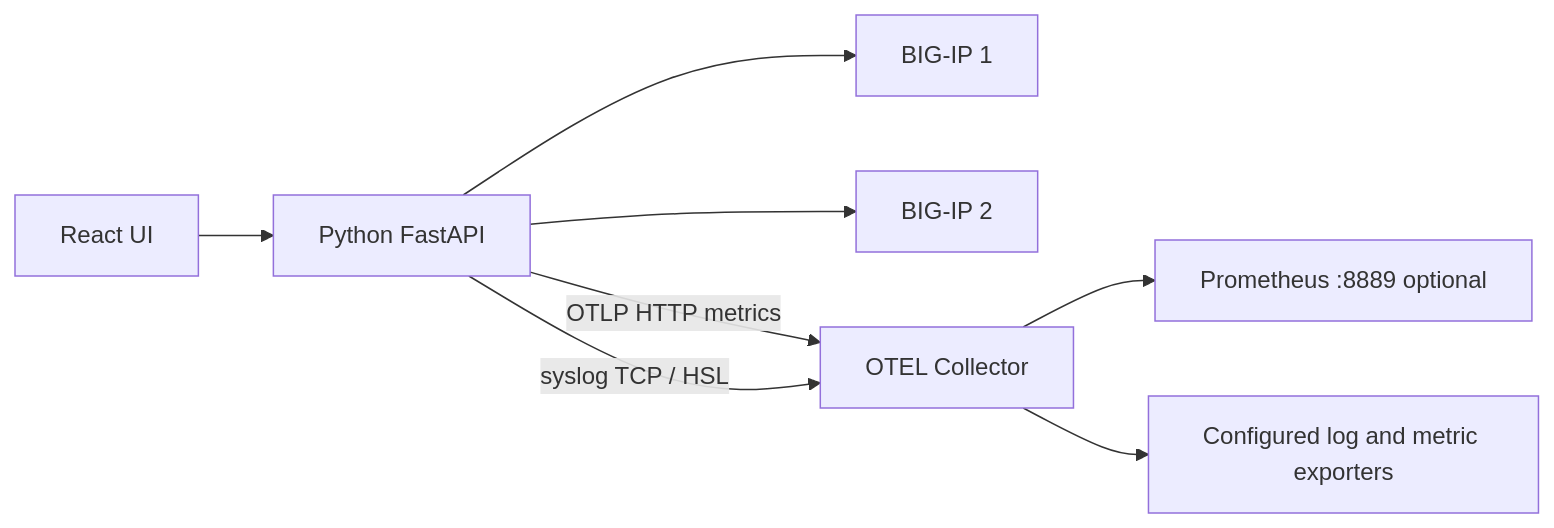
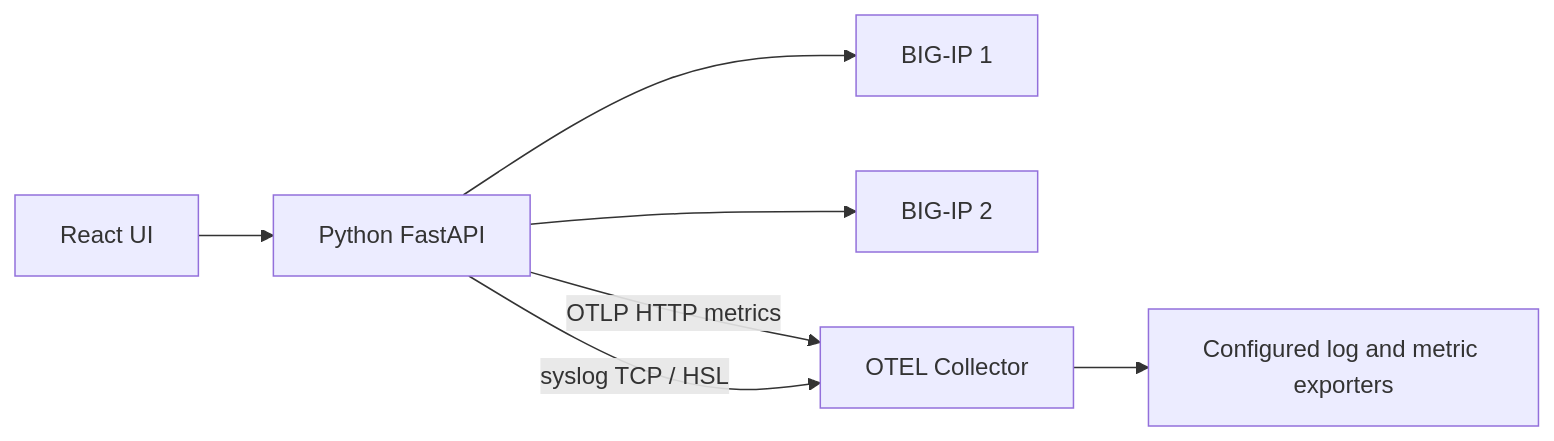
The first of 3 diagrams in README.md (gregcoward/BIG-IP-Telemetry-Exporter), drawn with Mermaid before and after one commit. The commit also changed other lines of this file and 28 other files, not shown here.

````diff
--- a/README.md
+++ b/README.md
@@ -43,10 +43,9 @@
 ```mermaid
 flowchart LR
   UI[React UI] --> API[Python FastAPI]
   API --> BIGIP1[BIG-IP 1]
   API --> BIGIP2[BIG-IP 2]
   API -->|OTLP HTTP metrics| COL[OTEL Collector]
   API -->|syslog TCP / HSL| COL
-  COL --> PROM[Prometheus :8889 optional]
   COL --> DEST[Configured log and metric exporters]
 ```
````
